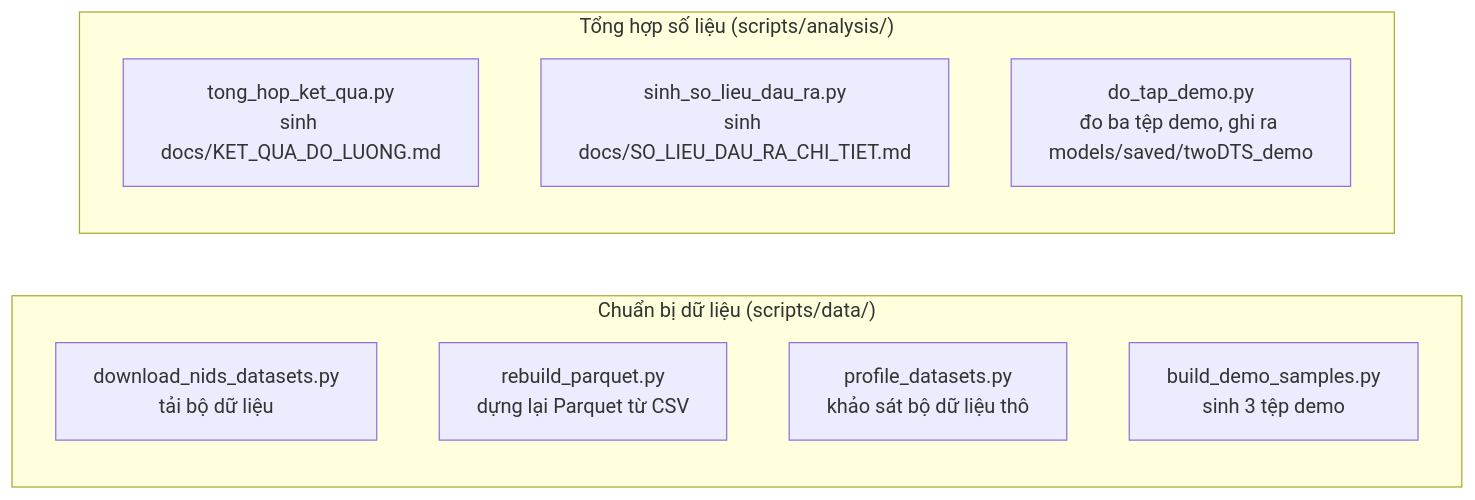
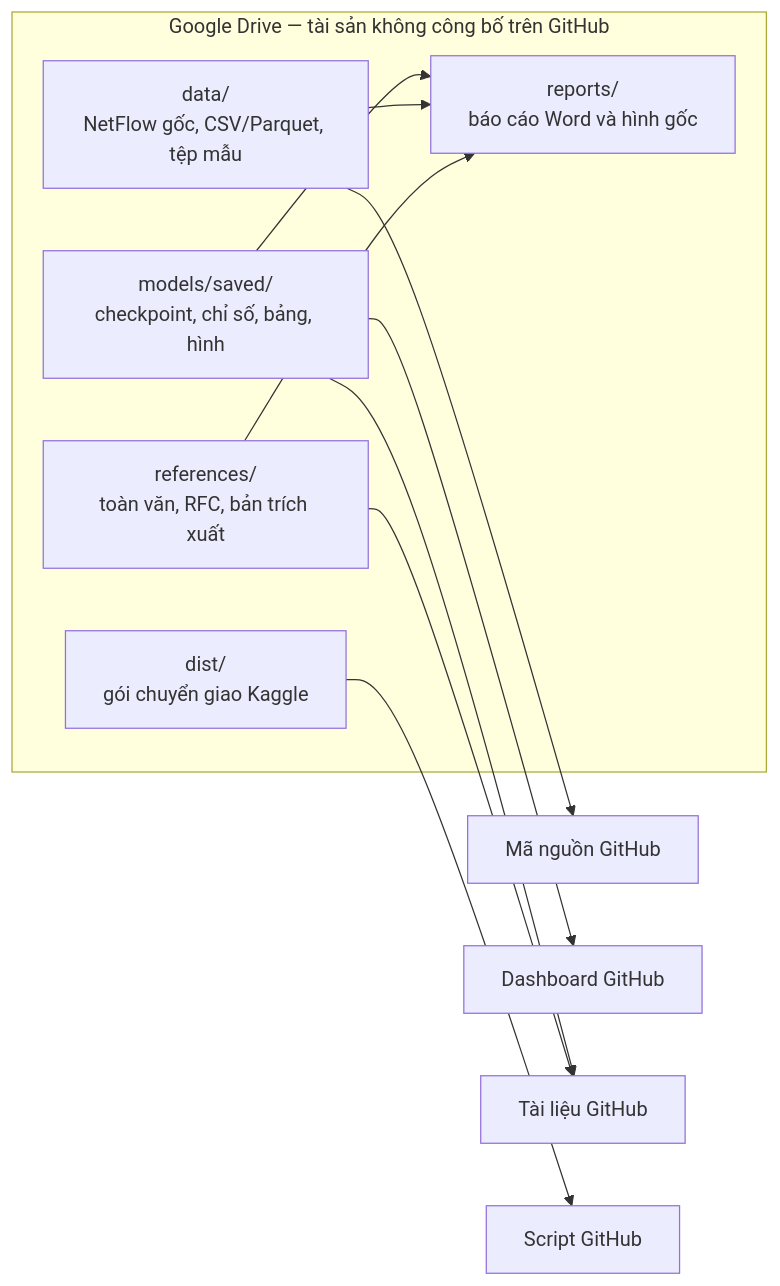
One commit to C0xff/TGN-NIDS changed the second of 2 diagrams in docs/SO_DO_KIEN_TRUC_DU_AN.md. Above: the diagram before and after it, drawn with Mermaid. The commit also changed other lines of this file and 9 other files, not shown here.

Commit message:
Điều chỉnh tài liệu cho GitHub và Drive

````diff
--- a/docs/SO_DO_KIEN_TRUC_DU_AN.md
+++ b/docs/SO_DO_KIEN_TRUC_DU_AN.md
@@ -154,16 +33,19 @@
 ```mermaid
 flowchart LR
-    subgraph DATA_TOOLS["Chuẩn bị dữ liệu (scripts/data/)"]
-        DL["download_nids_datasets.py<br/>tải bộ dữ liệu"]
-        RB["rebuild_parquet.py<br/>dựng lại Parquet từ CSV"]
-        PROF["profile_datasets.py<br/>bảng quy mô dữ liệu"]
-        BDS["build_demo_samples.py<br/>sinh 3 tệp demo"]
+    subgraph DRIVE["Google Drive — tài sản không công bố trên GitHub"]
+        DATA["data/<br/>NetFlow gốc, CSV/Parquet, tệp mẫu"]
+        SAVED["models/saved/<br/>checkpoint, chỉ số, bảng, hình"]
+        DIST["dist/<br/>gói chuyển giao Kaggle"]
+        REFS["references/<br/>toàn văn, RFC, bản trích xuất"]
+        REPORTS["reports/<br/>báo cáo Word và hình gốc"]
     end
 
-    subgraph ANALYSIS["Tổng hợp số liệu (scripts/analysis/)"]
-        THKQ["tong_hop_ket_qua.py<br/>sinh docs/KET_QUA_DO_LUONG.md"]
-        SSLDR["sinh_so_lieu_dau_ra.py<br/>sinh docs/SO_LIEU_DAU_RA_CHI_TIET.md"]
-        PROF["profile_datasets.py<br/>khảo sát bộ dữ liệu thô"]
-        DTD["do_tap_demo.py<br/>đo ba tệp demo, ghi ra models/saved/twoDTS_demo"]
-    end
+    DATA --> SRC["Mã nguồn GitHub"]
+    SAVED --> APP["Dashboard GitHub"]
+    SAVED --> DOCS["Tài liệu GitHub"]
+    REFS --> DOCS
+    DIST --> SCRIPTS["Script GitHub"]
+    SAVED --> REPORTS
+    DATA --> REPORTS
+    REFS --> REPORTS
 ```
````
